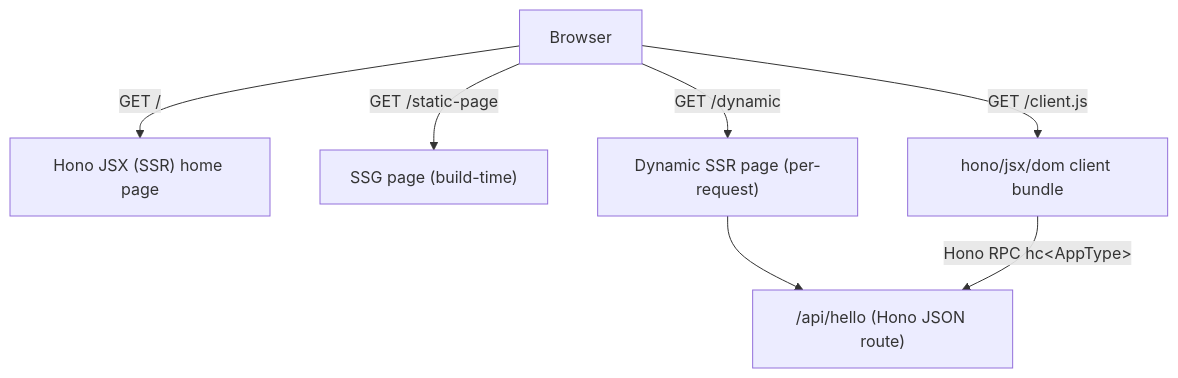
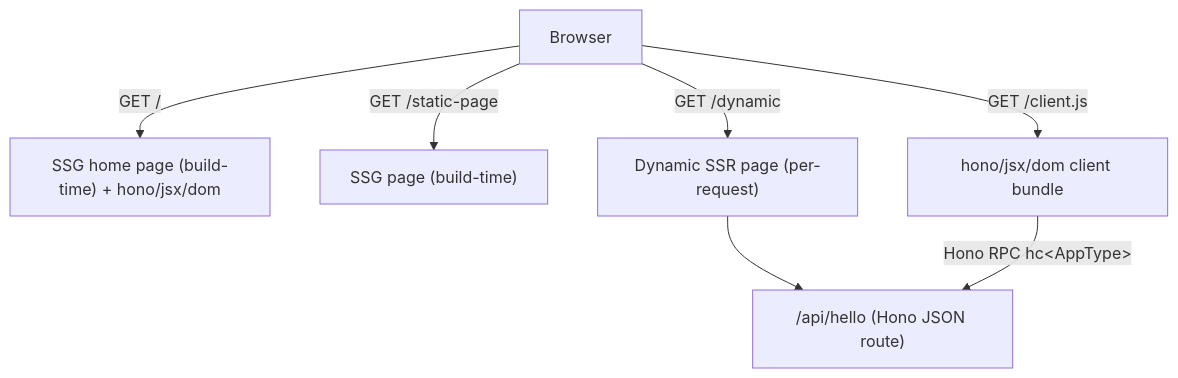
Before and after one commit to p10/hello-hono-fullstack: the diagram in README.md, drawn with Mermaid. The commit also changed other lines of this file and 7 other files, not shown here.

````diff
--- a/README.md
+++ b/README.md
@@ -16,9 +16,9 @@
 ```mermaid
 flowchart TD
-    Browser -->|GET /| SSR["Hono JSX (SSR) home page"]
+    Browser -->|GET /| HOME["SSG home page (build-time) + hono/jsx/dom"]
     Browser -->|GET /static-page| STATIC["SSG page (build-time)"]
     Browser -->|GET /dynamic| DYNAMIC["Dynamic SSR page (per-request)"]
     Browser -->|GET /client.js| CLIENT["hono/jsx/dom client bundle"]
     DYNAMIC --> API["/api/hello (Hono JSON route)"]
     CLIENT -->|Hono RPC hc&lt;AppType&gt;| API
 ```
````
